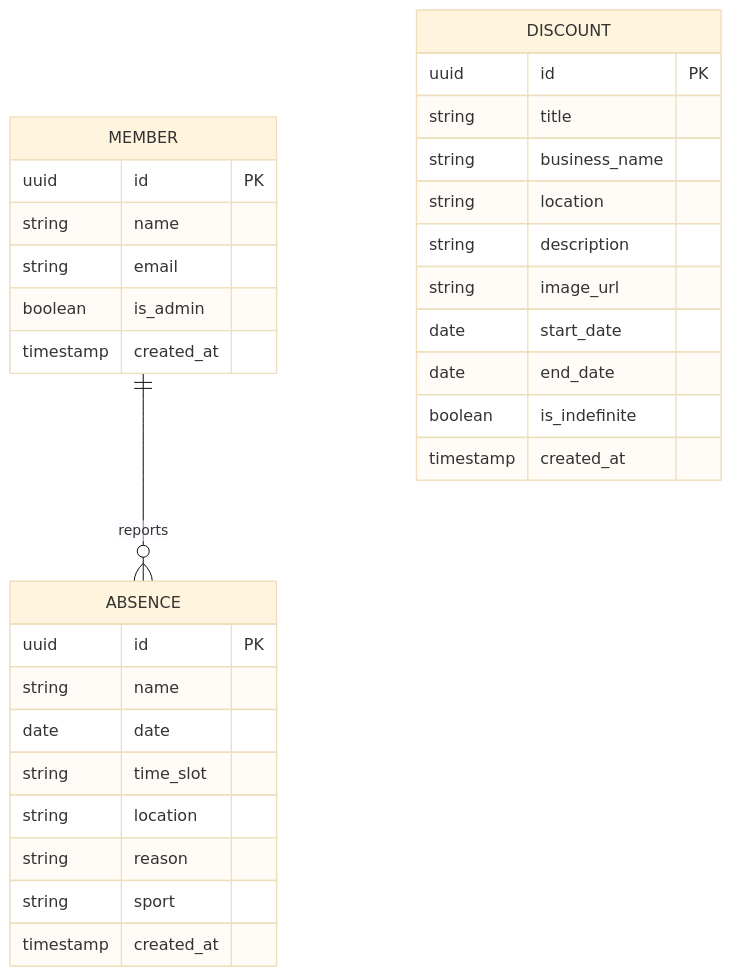
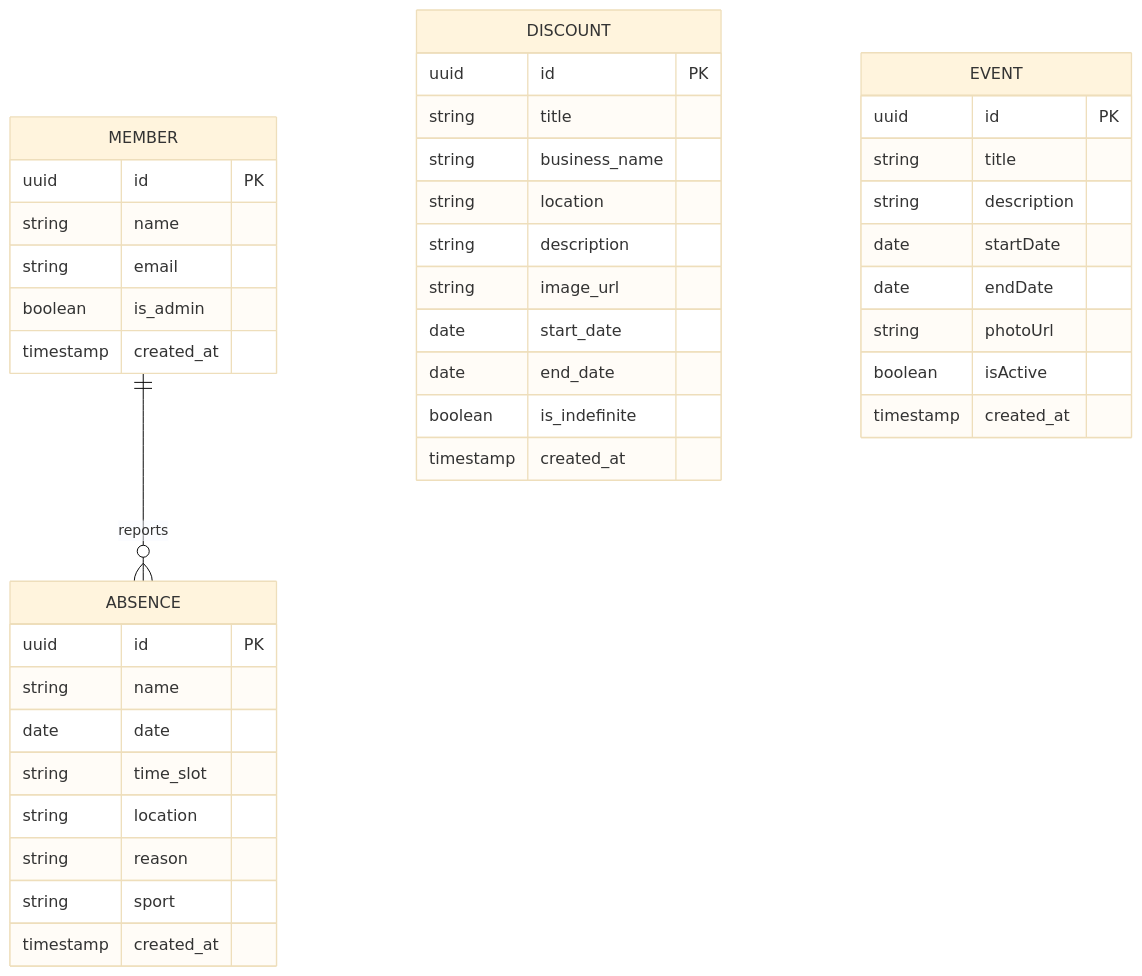
Before and after one commit to cri5Castro/sports_team_management: the second of 2 diagrams in ARCHITECTURE.md, drawn with Mermaid (base theme). The commit also changed other lines of this file and 5 other files, not shown here.

````diff
--- a/ARCHITECTURE.md
+++ b/ARCHITECTURE.md
@@ -97,34 +100,44 @@
 ```mermaid
 erDiagram
     MEMBER {
         uuid id PK
         string name
         string email
         boolean is_admin
         timestamp created_at
     }
     ABSENCE {
         uuid id PK
         string name
         date date
         string time_slot
         string location
         string reason
         string sport
         timestamp created_at
     }
     DISCOUNT {
         uuid id PK
         string title
         string business_name
         string location
         string description
         string image_url
         date start_date
         date end_date
         boolean is_indefinite
         timestamp created_at
     }
+    EVENT {
+        uuid id PK
+        string title
+        string description
+        date startDate
+        date endDate
+        string photoUrl
+        boolean isActive
+        timestamp created_at
+    }
     
     MEMBER ||--o{ ABSENCE : "reports"
 ```
````
